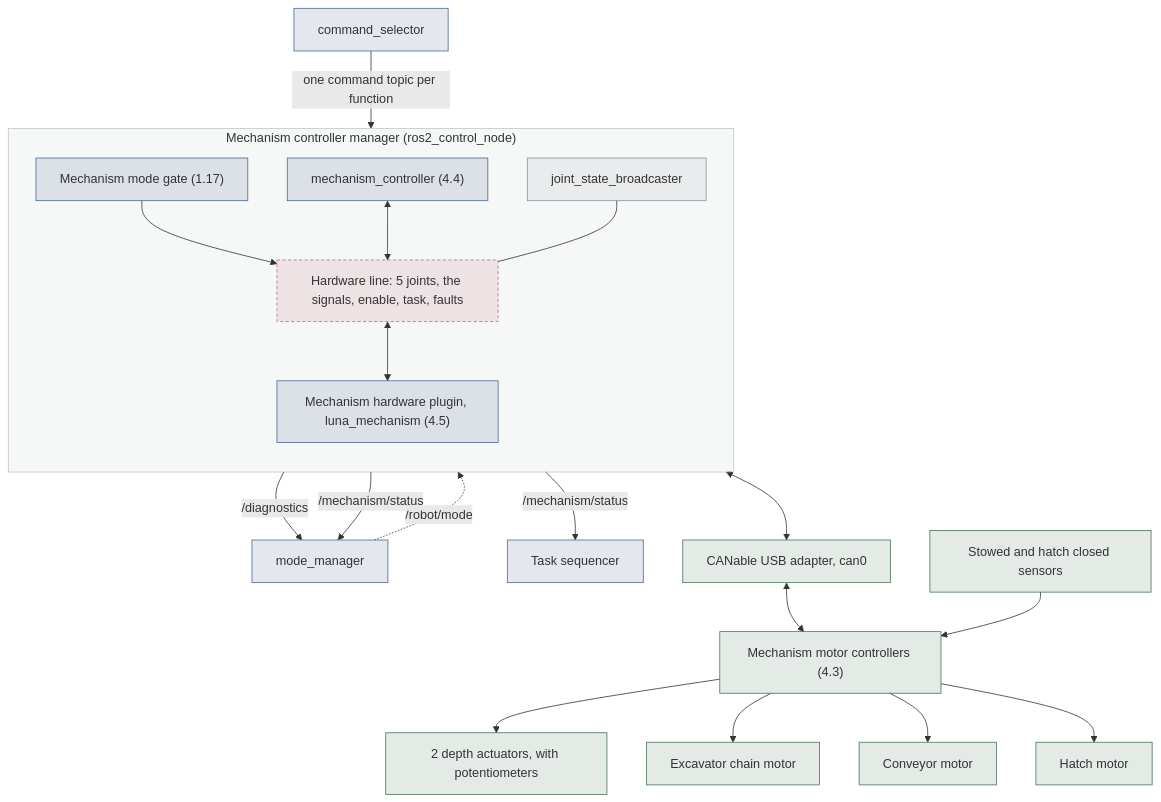
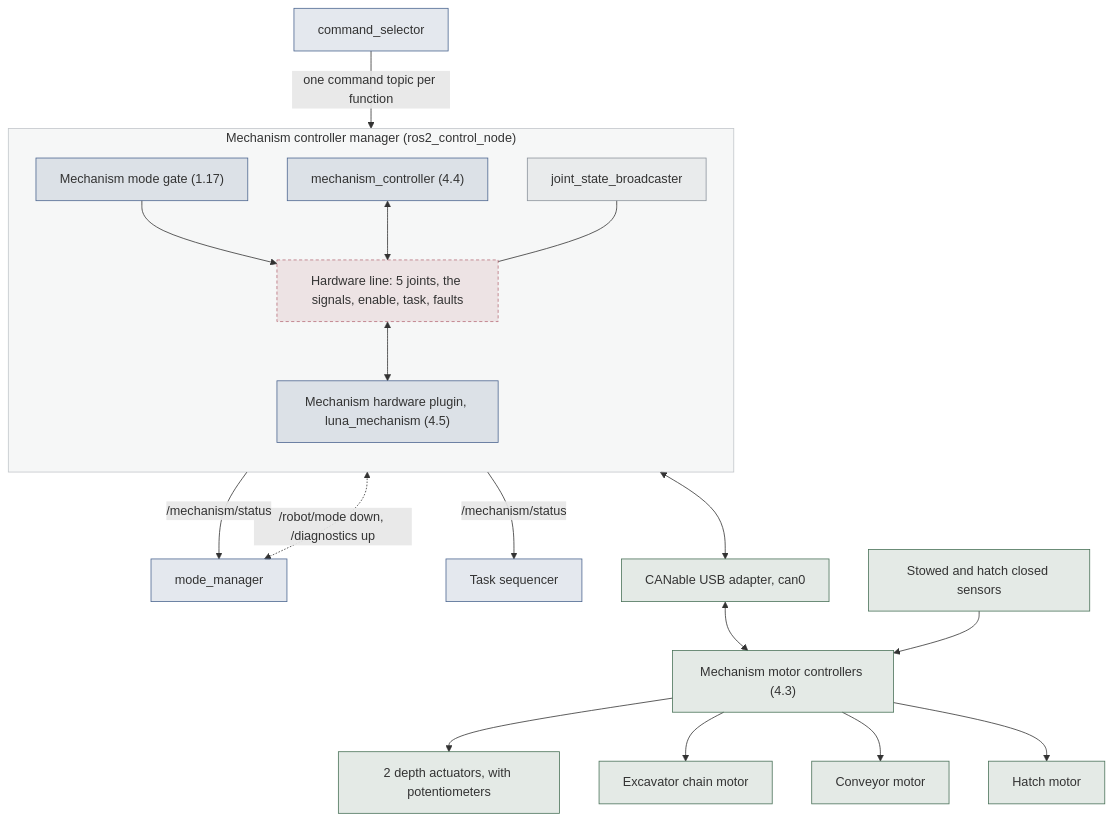
Before and after one commit to STAR-Robotics-Team/starrt-luna-software: the diagram in docs/design/mechanism.md, drawn with Mermaid. The commit also changed 10 other files, not shown here.

First line of the commit message:
Link every design doc now that all are written, and tidy their diagrams

````diff
--- a/docs/design/mechanism.md
+++ b/docs/design/mechanism.md
@@ -262,51 +262,50 @@
 ```mermaid
 ---
 config:
   flowchart:
     wrappingWidth: 220
 ---
 flowchart TB
   sel["command_selector"]
   mm["mode_manager"]
   seq["Task sequencer"]
   subgraph cm["Mechanism controller manager (ros2_control_node)"]
     direction TB
     gate["Mechanism mode gate (1.17)"]
     mc["mechanism_controller (4.4)"]
     jsb["joint_state_broadcaster"]
     line["Hardware line: 5 joints, the signals, enable, task, faults"]
     plugin["Mechanism hardware plugin, luna_mechanism (4.5)"]
     gate --> line
     mc <--> line
     jsb --- line
     line <--> plugin
   end
   adapter["CANable USB adapter, can0"]
   ctrls["Mechanism motor controllers (4.3)"]
   depth["2 depth actuators, with potentiometers"]
   chain["Excavator chain motor"]
   conv["Conveyor motor"]
   hatch["Hatch motor"]
   sensors["Stowed and hatch closed sensors"]
   sel -->|"one command topic per function"| mc
-  mm -.->|"/robot/mode"| gate
-  gate -->|"/diagnostics"| mm
+  mm <-.->|"/robot/mode down, /diagnostics up"| gate
   mc -->|"/mechanism/status"| mm
   mc -->|"/mechanism/status"| seq
   plugin <--> adapter
   adapter <--> ctrls
   ctrls --> depth
   ctrls --> chain
   ctrls --> conv
   ctrls --> hatch
   sensors --> ctrls
   classDef ours fill:#4c669026,stroke:#4c6690
   classDef ros fill:#8b939c1f,stroke:#8b939c
   classDef hw fill:#4a725926,stroke:#4a7259
   classDef hwline fill:#b9707c26,stroke:#b9707c,stroke-dasharray:4 3
   class sel,mm,seq,gate,mc,plugin ours
   class jsb ros
   class adapter,ctrls,depth,chain,conv,hatch,sensors hw
   class line hwline
   style cm fill:#8b939c14,stroke:#8b939c80
 ```
````
